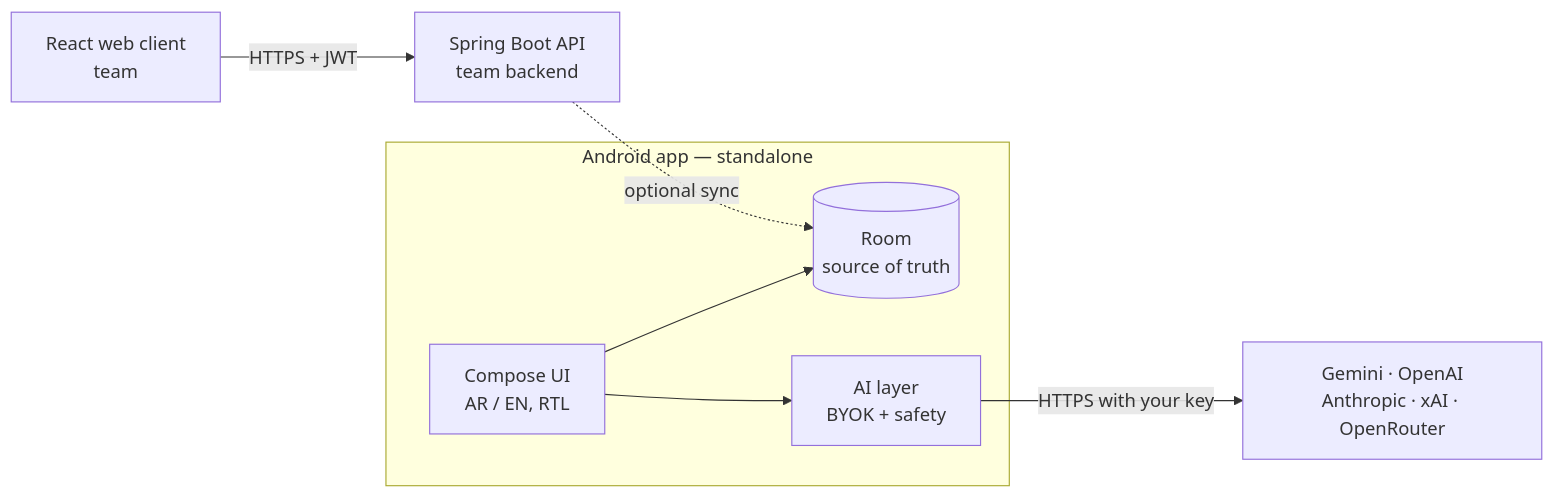
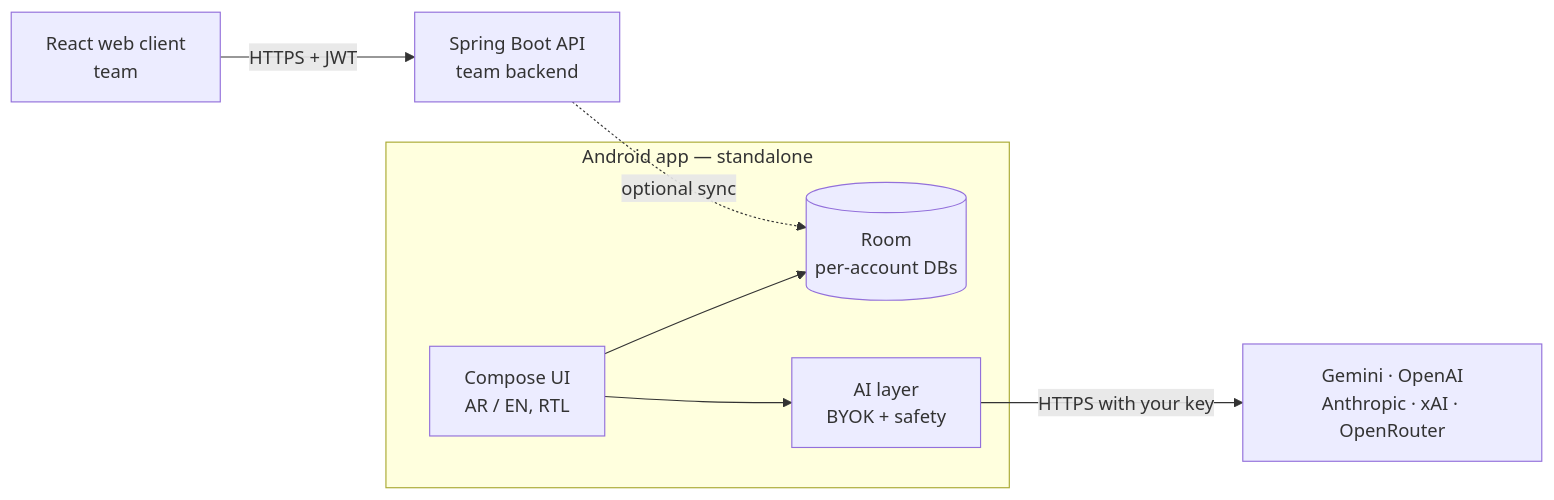
The diagram in README.md (alaa157/caregiver-daily-notes), drawn with Mermaid before and after one commit. The commit also changed other lines of this file and 2 other files, not shown here.

Commit message:
docs: describe local accounts and per-account databases (#636)

````diff
--- a/README.md
+++ b/README.md
@@ -59,17 +64,17 @@
 ```mermaid
 flowchart LR
   subgraph App["Android app — standalone"]
     UI["Compose UI<br/>AR / EN, RTL"]
-    Store[("Room<br/>source of truth")]
+    Store[("Room<br/>per-account DBs")]
     Layer["AI layer<br/>BYOK + safety"]
   end
   Provider["Gemini · OpenAI<br/>Anthropic · xAI · OpenRouter"]
   API["Spring Boot API<br/>team backend"]
   Web["React web client<br/>team"]
 
   UI --> Store
   UI --> Layer
   Layer -->|"HTTPS with your key"| Provider
   API -.->|"optional sync"| Store
   Web -->|"HTTPS + JWT"| API
 ```
````
